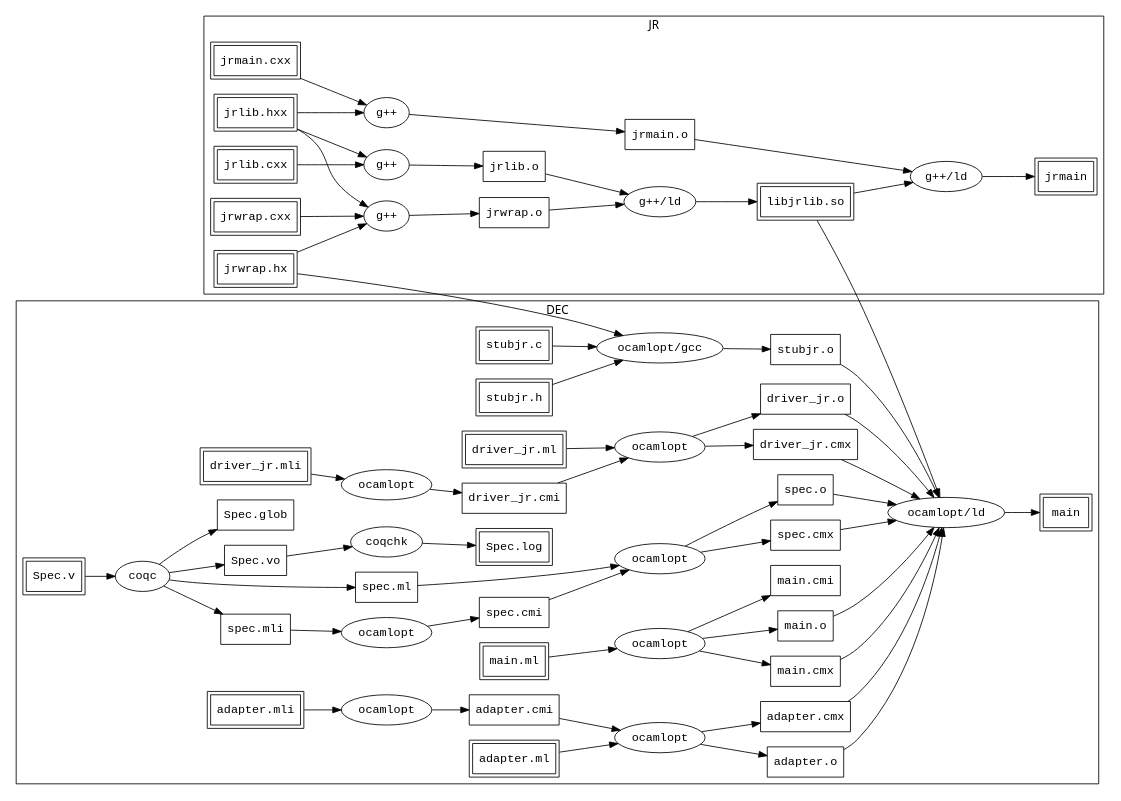
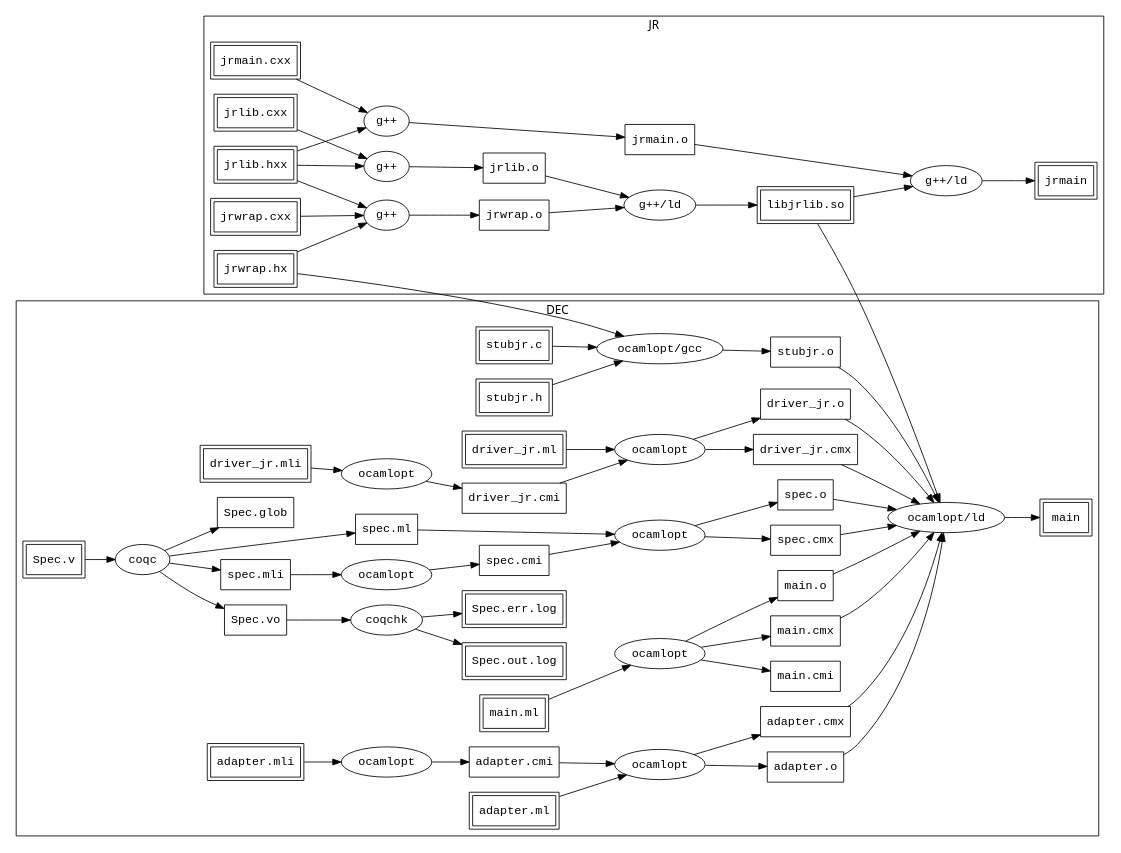
The diagram in mock/flow.dot (Tuplanolla/dez), drawn with Graphviz before and after one commit. The commit also changed 1 other file, not shown here.

```diff
--- a/mock/flow.dot
+++ b/mock/flow.dot
@@ -86,7 +86,8 @@
 
     node [peripheries = 2]
 
-    spec_log [label = "Spec.log"]
+    spec_out_log [label = "Spec.out.log"]
+    spec_err_log [label = "Spec.err.log"]
     main [label = "main"]
 
     node [peripheries = 1, shape = oval]
@@ -165,7 +166,8 @@
   coqc_0 -> spec_ml
 
   spec_vo -> coqchk_0
-  coqchk_0 -> spec_log
+  coqchk_0 -> spec_out_log
+  coqchk_0 -> spec_err_log
 
   jrwrap_hx -> ocamlopt_0
   stubjr_h -> ocamlopt_0
```
